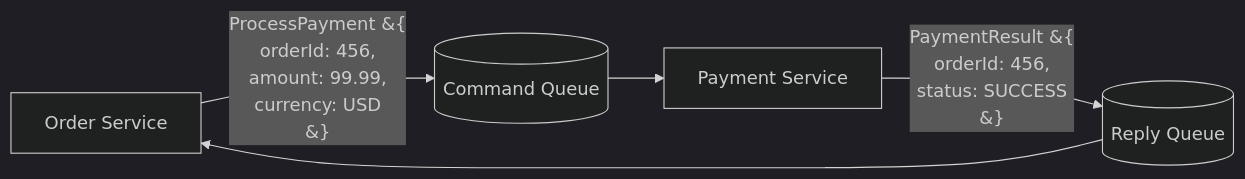
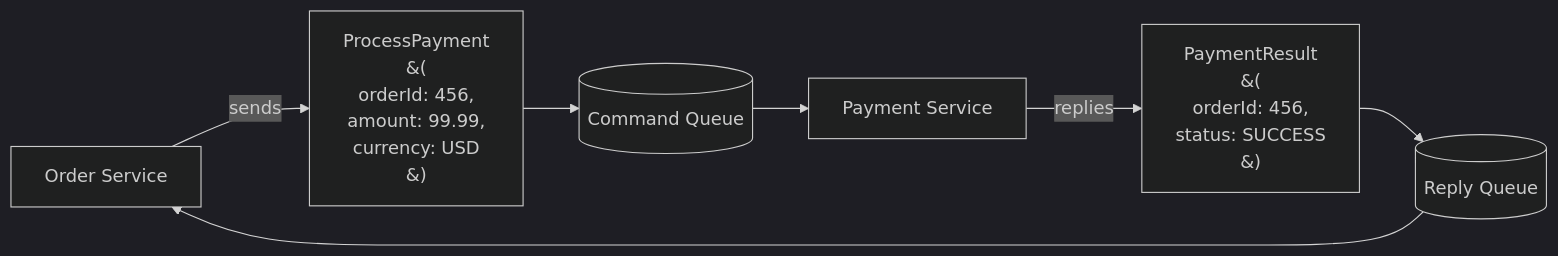
Before and after one commit to vladiant/vladiant: the seventh of 12 diagrams in software_architecture/08_service_communication_data_sharing.md, drawn with Mermaid (dark theme). The commit also changed other lines of this file and 2 other files, not shown here.

Commit message:
Fix mermaid renderings

````diff
--- a/software_architecture/08_service_communication_data_sharing.md
+++ b/software_architecture/08_service_communication_data_sharing.md
@@ -155,7 +157,9 @@
 ```mermaid
 graph LR
-    OS[Order Service] -- "ProcessPayment &#123;<br/>orderId: 456,<br/>amount: 99.99,<br/>currency: USD<br/>&#125;" --> Q[(Command Queue)]
+    OS[Order Service] -- sends --> CMD["ProcessPayment<br/>&#40;<br/>orderId: 456,<br/>amount: 99.99,<br/>currency: USD<br/>&#41;"]
+    CMD --> Q[(Command Queue)]
     Q --> PS[Payment Service]
-    PS -- "PaymentResult &#123;<br/>orderId: 456,<br/>status: SUCCESS<br/>&#125;" --> RQ[(Reply Queue)]
+    PS -- replies --> RES["PaymentResult<br/>&#40;<br/>orderId: 456,<br/>status: SUCCESS<br/>&#41;"]
+    RES --> RQ[(Reply Queue)]
     RQ --> OS
 ```
````
